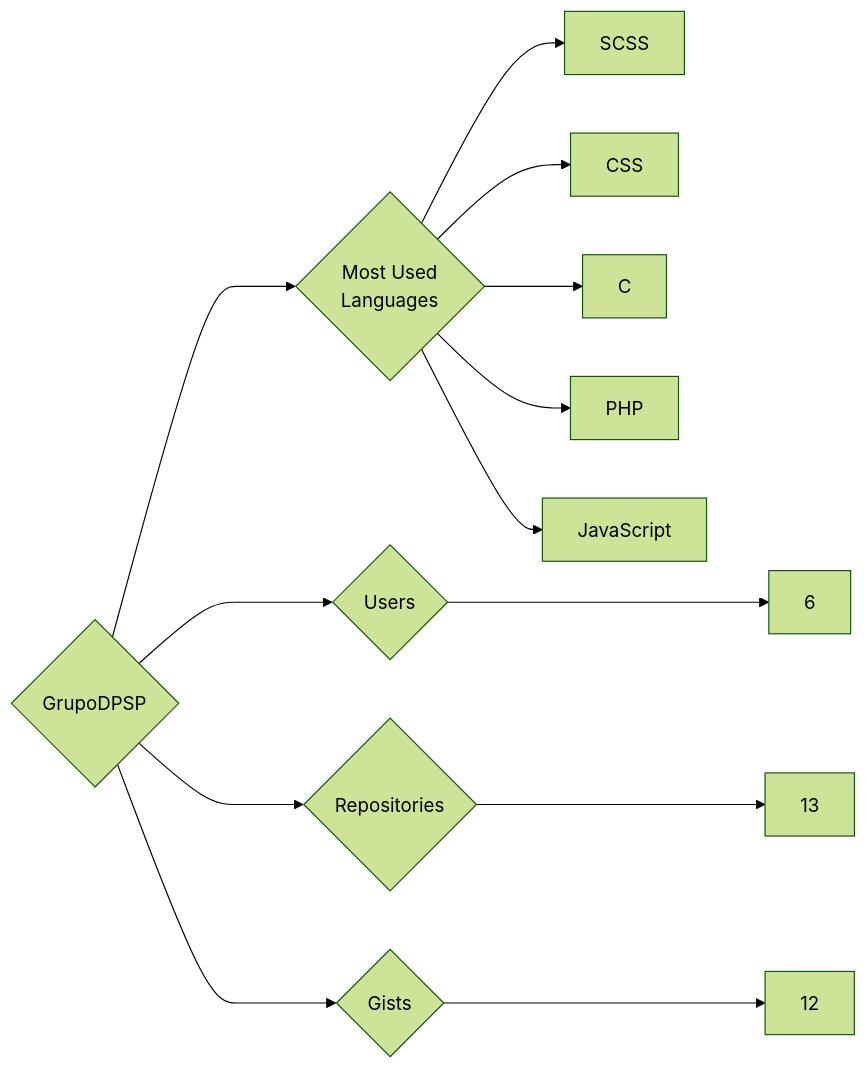
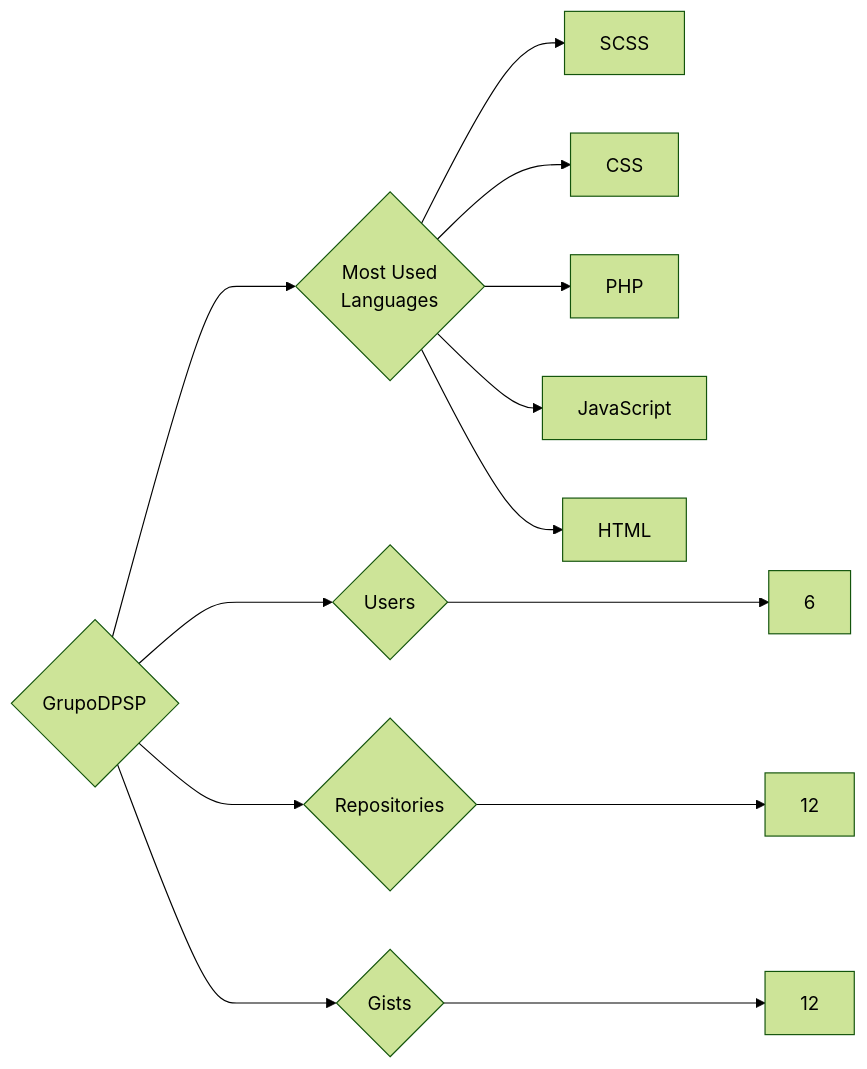
Before and after one commit to trickest/insiders: the diagram in targets/GrupoDPSP/README.md, drawn with Mermaid (forest theme). The commit also changed 997 other files, not shown here.

````diff
--- a/targets/GrupoDPSP/README.md
+++ b/targets/GrupoDPSP/README.md
@@ -3,13 +3,13 @@
 ```mermaid
 graph LR
 COMPANY_NAME{GrupoDPSP}
 COMPANY_NAME ---> U{Users} ---> UN[6]
-COMPANY_NAME ---> R{Repositories} ---> RN[13]
+COMPANY_NAME ---> R{Repositories} ---> RN[12]
 COMPANY_NAME ---> G{Gists} ---> GN[12]
 COMPANY_NAME ---> ML{Most Used<br>Languages}
 ML --> SCSS[SCSS]
 ML --> CSS[CSS]
-ML --> C[C]
 ML --> PHP[PHP]
 ML --> JavaScript[JavaScript]
+ML --> HTML[HTML]
 ```
````
